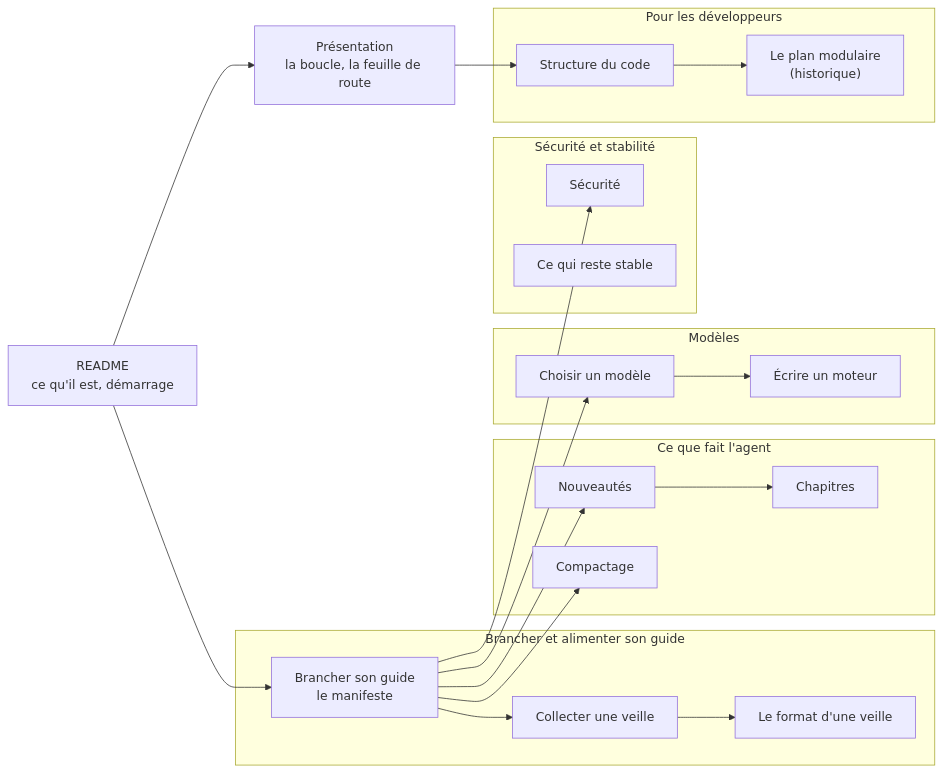
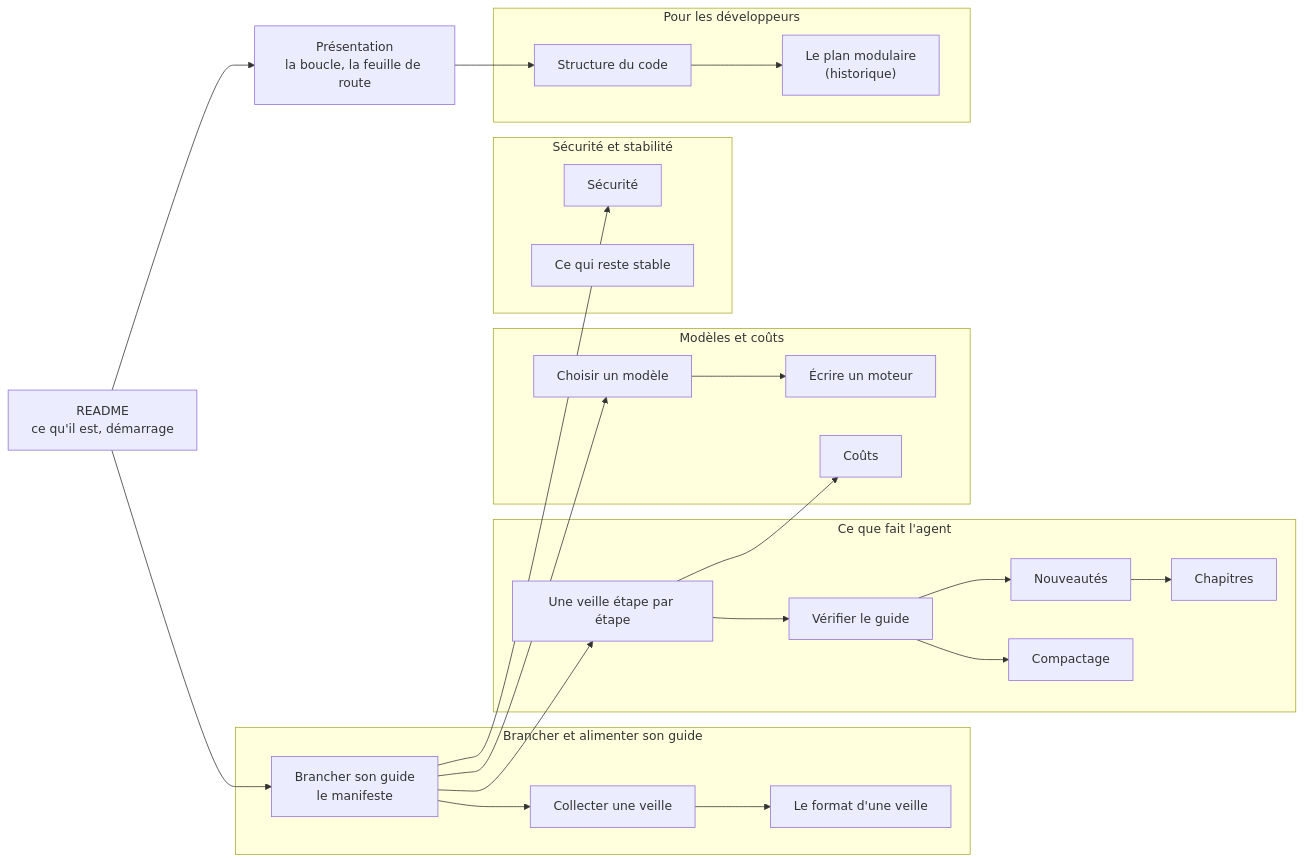
Before and after one commit to DamienBecherini/vault-watch-agent: the diagram in docs/fr/README.md, drawn with Mermaid. The commit also changed other lines of this file and 10 other files, not shown here.

Commit message:
Docs: three new pages, in English and French: a run step by step, check the guide, costs; linked from the index and the READMEs

````diff
--- a/docs/fr/README.md
+++ b/docs/fr/README.md
@@ -9,28 +9,32 @@
 ```mermaid
 flowchart LR
   readme["README<br/>ce qu'il est, démarrage"] --> overview["Présentation<br/>la boucle, la feuille de route"]
   readme --> connect
   subgraph start["Brancher et alimenter son guide"]
     connect["Brancher son guide<br/>le manifeste"] --> collect["Collecter une veille"]
     collect --> format["Le format d'une veille"]
   end
   subgraph agent["Ce que fait l'agent"]
-    news["Nouveautés"] --> chapters["Chapitres"]
-    compact["Compactage"]
+    run["Une veille étape par étape"]
+    check["Vérifier le guide"] --> news["Nouveautés"]
+    check --> compact["Compactage"]
+    news --> chapters["Chapitres"]
   end
-  subgraph models["Modèles"]
+  subgraph models["Modèles et coûts"]
     model["Choisir un modèle"] --> engine["Écrire un moteur"]
+    costs["Coûts"]
   end
   subgraph trust["Sécurité et stabilité"]
     security["Sécurité"]
     stable["Ce qui reste stable"]
   end
   subgraph dev["Pour les développeurs"]
     code["Structure du code"] --> plan["Le plan modulaire<br/>(historique)"]
   end
-  connect --> news
-  connect --> compact
+  connect --> run
+  run --> check
+  run --> costs
   connect --> model
   connect --> security
   overview --> code
 ```
````
